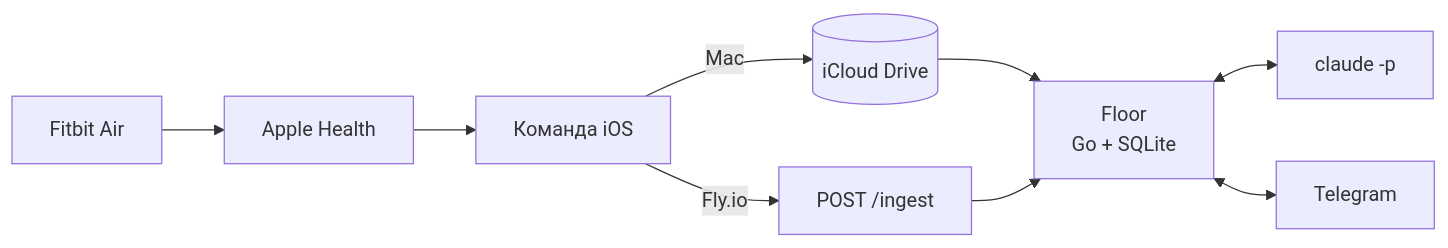
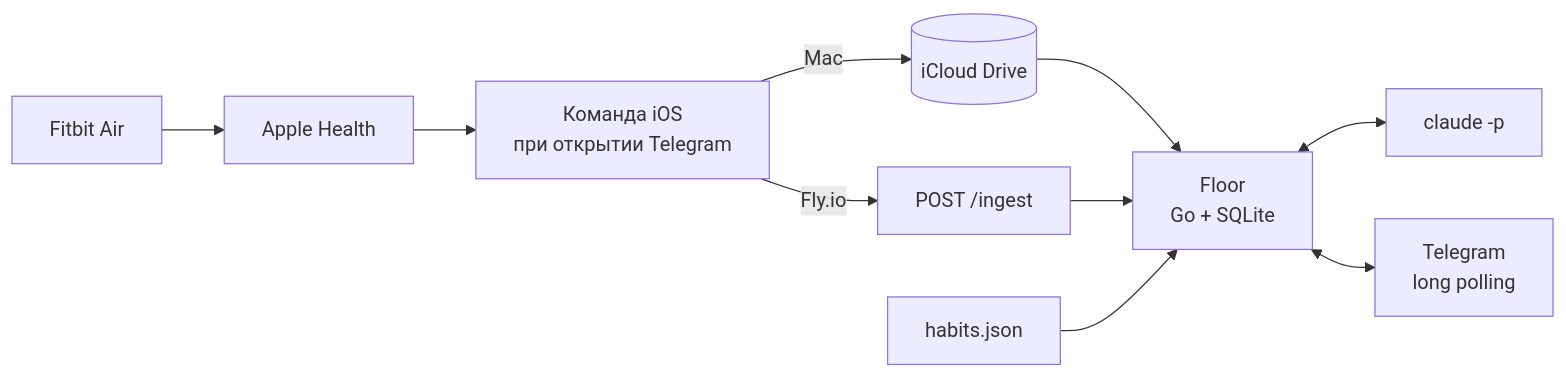
The diagram in README.md (adamauthor/floor), drawn with Mermaid before and after one commit. The commit also changed other lines of this file and 3 other files, not shown here.

````diff
--- a/README.md
+++ b/README.md
@@ -40,10 +112,12 @@
 ```mermaid
 flowchart LR
     F[Fitbit Air] --> AH[Apple Health]
-    AH --> SC[Команда iOS]
+    AH --> SC[Команда iOS<br/>при открытии Telegram]
     SC -- Mac --> IC[(iCloud Drive)]
     SC -- Fly.io --> EP[POST /ingest]
-    IC & EP --> B[Floor<br/>Go + SQLite]
+    IC --> B
+    EP --> B[Floor<br/>Go + SQLite]
+    H[habits.json] --> B
     B <--> C[claude -p]
-    B <--> T[Telegram]
+    B <--> T[Telegram<br/>long polling]
 ```
````
